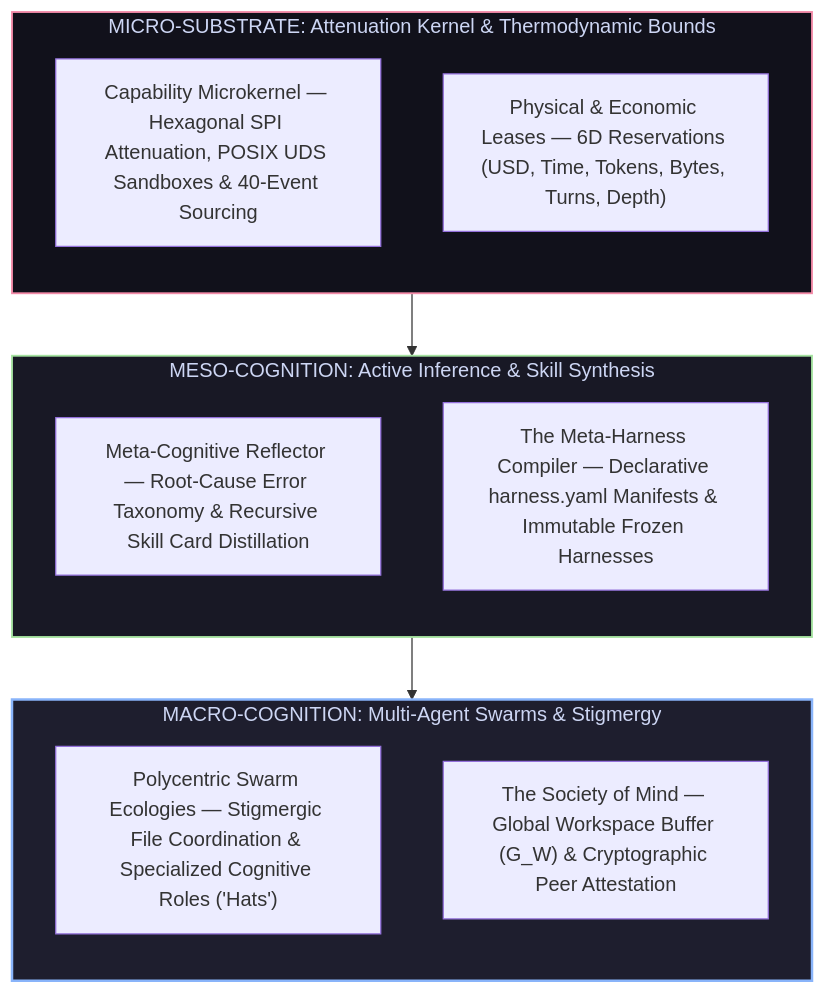
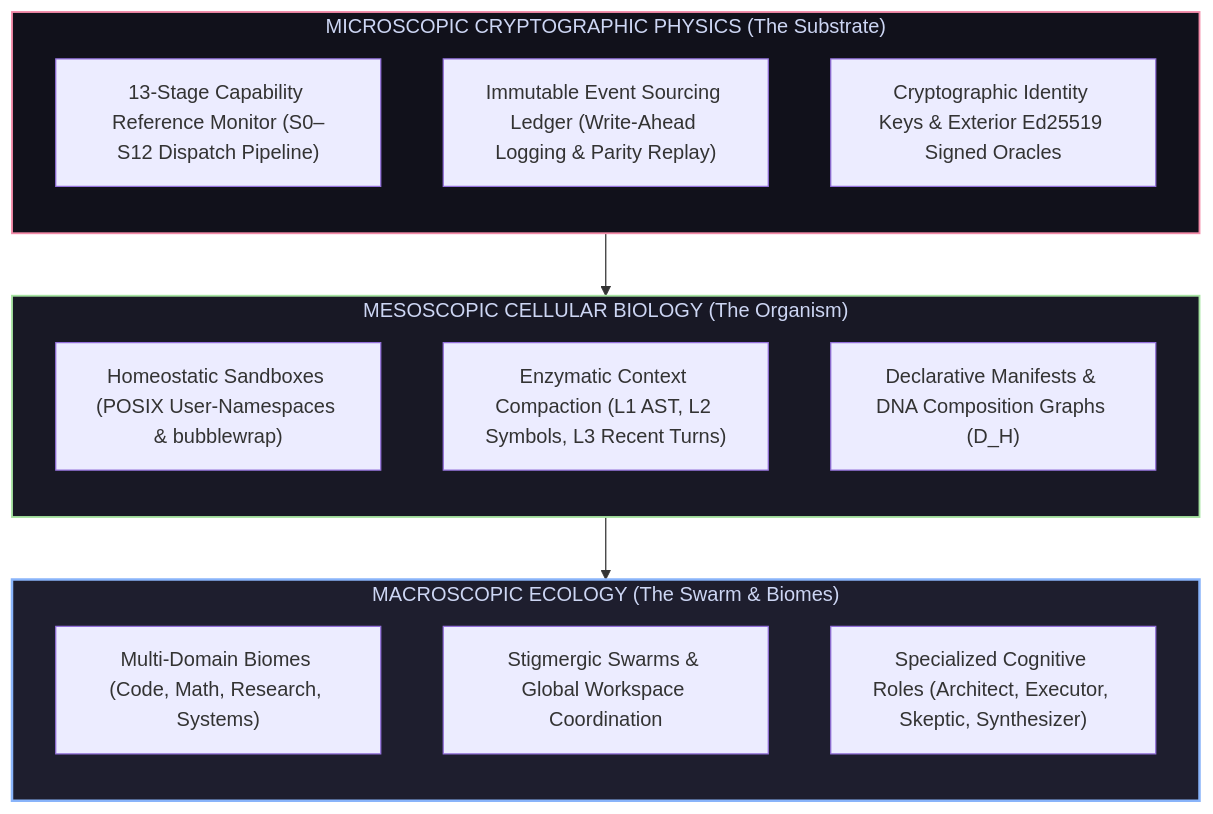
One commit to brainopensource/cognitive-framework changed the second of 3 diagrams in docs/01_executive/vision.md. Above: the diagram before and after it, drawn with Mermaid. The commit also changed other lines of this file and 6 other files, not shown here.

````diff
--- a/docs/01_executive/vision.md
+++ b/docs/01_executive/vision.md
@@ -57,27 +161,30 @@
 ```mermaid
 flowchart TD
-    subgraph MacroSwarm ["MACRO-COGNITION: Multi-Agent Swarms & Stigmergy"]
+    subgraph MacroEcology ["MACROSCOPIC ECOLOGY (The Swarm & Biomes)"]
         direction TB
-        L4["Polycentric Swarm Ecologies — Stigmergic File Coordination & Specialized Cognitive Roles ('Hats')"]
-        L3["The Society of Mind — Global Workspace Buffer (G_W) & Cryptographic Peer Attestation"]
+        E3["Multi-Domain Biomes (Code, Math, Research, Systems)"]
+        E2["Stigmergic Swarms & Global Workspace Coordination"]
+        E1["Specialized Cognitive Roles (Architect, Executor, Skeptic, Synthesizer)"]
     end
 
-    subgraph MesoCognition ["MESO-COGNITION: Active Inference & Skill Synthesis"]
+    subgraph CellularBiology ["MESOSCOPIC CELLULAR BIOLOGY (The Organism)"]
         direction TB
-        L2["Meta-Cognitive Reflector — Root-Cause Error Taxonomy & Recursive Skill Card Distillation"]
-        L1["The Meta-Harness Compiler — Declarative harness.yaml Manifests & Immutable Frozen Harnesses"]
+        C3["Homeostatic Sandboxes (POSIX User-Namespaces & bubblewrap)"]
+        C2["Enzymatic Context Compaction (L1 AST, L2 Symbols, L3 Recent Turns)"]
+        C1["Declarative Manifests & DNA Composition Graphs (D_H)"]
     end
 
-    subgraph MicroSubstrate ["MICRO-SUBSTRATE: Attenuation Kernel & Thermodynamic Bounds"]
+    subgraph MicroPhysics ["MICROSCOPIC CRYPTOGRAPHIC PHYSICS (The Substrate)"]
         direction TB
-        L0["Capability Microkernel — Hexagonal SPI Attenuation, POSIX UDS Sandboxes & 40-Event Sourcing"]
-        LP["Physical & Economic Leases — 6D Reservations (USD, Time, Tokens, Bytes, Turns, Depth)"]
+        P3["13-Stage Capability Reference Monitor (S0–S12 Dispatch Pipeline)"]
+        P2["Immutable Event Sourcing Ledger (Write-Ahead Logging & Parity Replay)"]
+        P1["Cryptographic Identity Keys & Exterior Ed25519 Signed Oracles"]
     end
 
-    MicroSubstrate --> MesoCognition
-    MesoCognition --> MacroSwarm
+    MicroPhysics --> CellularBiology
+    CellularBiology --> MacroEcology
 
-    style MacroSwarm fill:#1e1e2e,stroke:#89b4fa,stroke-width:2px,color:#cdd6f4
-    style MesoCognition fill:#181825,stroke:#a6e3a1,stroke-width:1.5px,color:#cdd6f4
-    style MicroSubstrate fill:#11111b,stroke:#f38ba8,stroke-width:1.5px,color:#cdd6f4
+    style MacroEcology fill:#1e1e2e,stroke:#89b4fa,stroke-width:2px,color:#cdd6f4
+    style CellularBiology fill:#181825,stroke:#a6e3a1,stroke-width:1.5px,color:#cdd6f4
+    style MicroPhysics fill:#11111b,stroke:#f38ba8,stroke-width:1.5px,color:#cdd6f4
 ```
````
